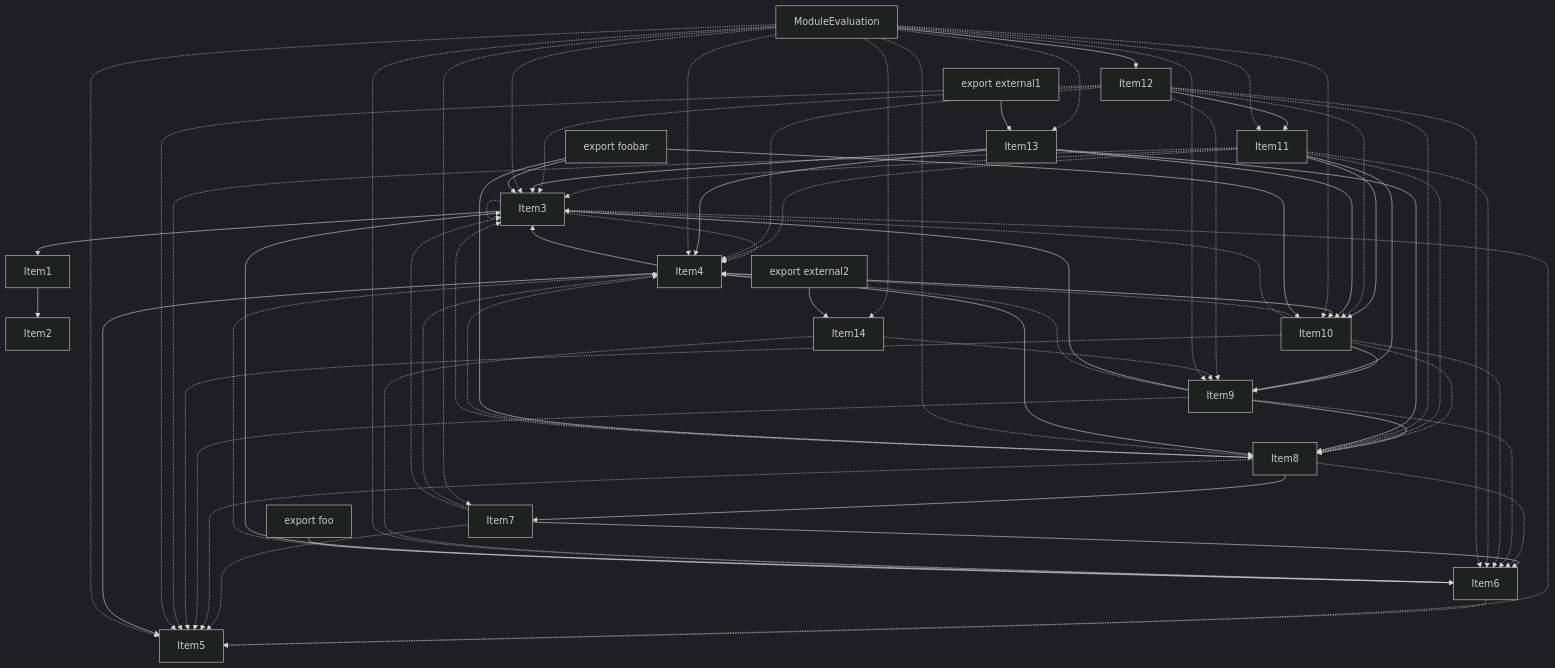
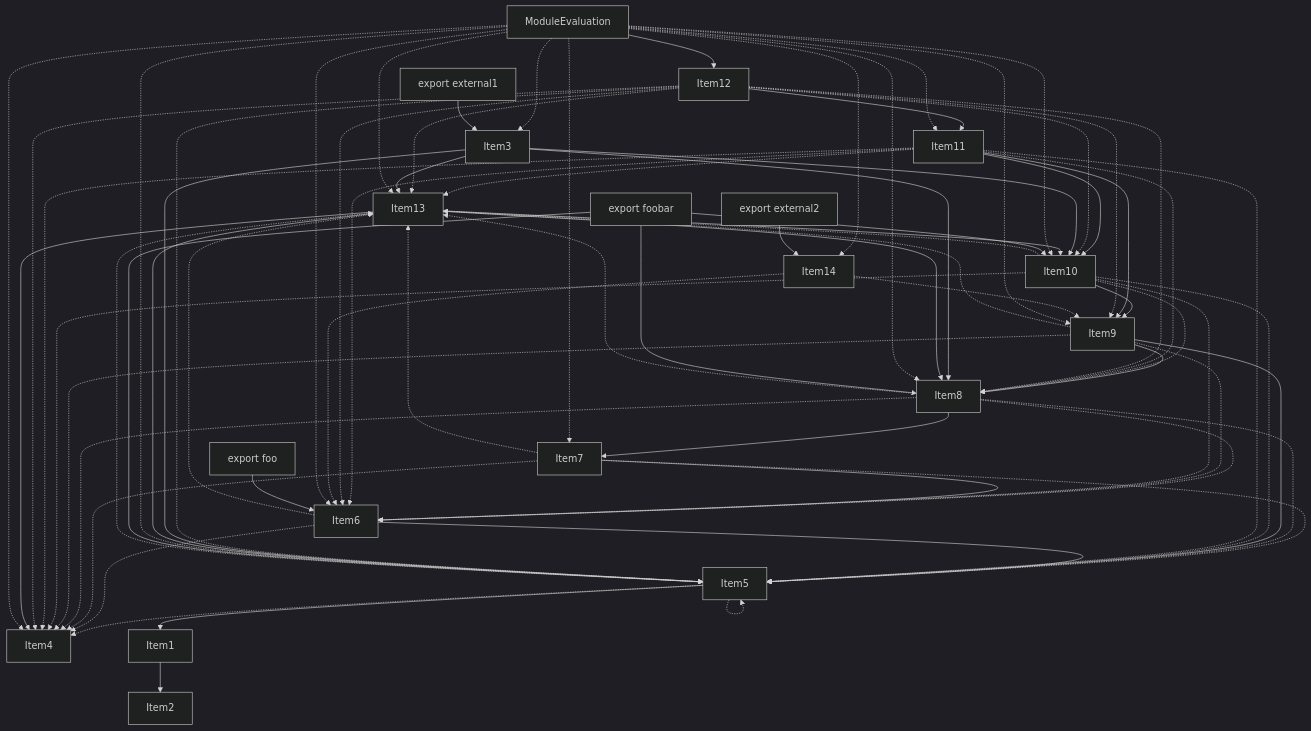
One commit to vercel/turborepo changed the fourth of 4 diagrams in crates/turbopack-ecmascript/tests/tree-shaker/analyzer/2/output.md. Above: the diagram before and after it, drawn with Mermaid (dark theme). The commit also changed other lines of this file and 3 other files, not shown here.

````diff
--- a/crates/turbopack-ecmascript/tests/tree-shaker/analyzer/2/output.md
+++ b/crates/turbopack-ecmascript/tests/tree-shaker/analyzer/2/output.md
@@ -336,8 +336,7 @@
 ```mermaid
 graph TD
-    Item1;
+    Item3;
     Item2;
-    Item3;
     Item4;
     Item5;
     Item6;
@@ -349,6 +348,7 @@
     Item12;
     Item13;
     Item14;
+    Item1;
     Item15;
     Item15["ModuleEvaluation"];
     Item16;
@@ -360,72 +360,72 @@
     Item19;
     Item19["export external2"];
     Item1 --> Item2;
-    Item3 --> Item1;
-    Item3 -.-> Item4;
-    Item3 -.-> Item3;
-    Item3 -.-> Item5;
-    Item6 --> Item3;
+    Item5 --> Item1;
+    Item5 -.-> Item13;
+    Item5 -.-> Item5;
+    Item5 -.-> Item4;
+    Item6 --> Item5;
+    Item6 -.-> Item13;
     Item6 -.-> Item4;
-    Item6 -.-> Item5;
     Item7 --> Item6;
+    Item7 -.-> Item13;
+    Item7 -.-> Item5;
     Item7 -.-> Item4;
-    Item7 -.-> Item3;
-    Item7 -.-> Item5;
     Item8 --> Item7;
     Item8 -.-> Item6;
+    Item8 -.-> Item13;
+    Item8 -.-> Item5;
     Item8 -.-> Item4;
-    Item8 -.-> Item3;
-    Item8 -.-> Item5;
-    Item9 --> Item3;
+    Item9 --> Item5;
     Item9 --> Item8;
+    Item9 -.-> Item13;
+    Item9 -.-> Item6;
     Item9 -.-> Item4;
-    Item9 -.-> Item6;
-    Item9 -.-> Item5;
     Item10 -.-> Item6;
     Item10 --> Item9;
+    Item10 -.-> Item13;
+    Item10 -.-> Item5;
+    Item10 -.-> Item8;
     Item10 -.-> Item4;
-    Item10 -.-> Item3;
-    Item10 -.-> Item8;
-    Item10 -.-> Item5;
     Item11 --> Item9;
     Item11 --> Item10;
-    Item11 -.-> Item4;
-    Item11 -.-> Item3;
+    Item11 -.-> Item13;
+    Item11 -.-> Item5;
     Item11 -.-> Item8;
     Item11 -.-> Item6;
-    Item11 -.-> Item5;
+    Item11 -.-> Item4;
     Item12 --> Item11;
-    Item12 -.-> Item4;
-    Item12 -.-> Item3;
+    Item12 -.-> Item13;
+    Item12 -.-> Item5;
     Item12 -.-> Item8;
     Item12 -.-> Item10;
     Item12 -.-> Item6;
     Item12 -.-> Item9;
-    Item12 -.-> Item5;
+    Item12 -.-> Item4;
+    Item3 --> Item13;
+    Item3 --> Item5;
+    Item3 --> Item8;
+    Item3 --> Item10;
     Item13 --> Item4;
-    Item13 --> Item3;
+    Item13 --> Item5;
     Item13 --> Item8;
     Item13 --> Item10;
-    Item4 --> Item5;
-    Item4 --> Item3;
-    Item4 --> Item8;
-    Item4 --> Item10;
     Item14 -.-> Item6;
     Item14 -.-> Item9;
     Item15 --> Item12;
-    Item15 -.-> Item13;
+    Item15 -.-> Item3;
     Item15 -.-> Item11;
+    Item15 -.-> Item4;
     Item15 -.-> Item5;
-    Item15 -.-> Item3;
     Item15 -.-> Item8;
     Item15 -.-> Item10;
     Item15 -.-> Item6;
     Item15 -.-> Item9;
     Item15 -.-> Item7;
-    Item15 -.-> Item4;
+    Item15 -.-> Item13;
     Item15 -.-> Item14;
-    Item16 --> Item13;
-    Item17 --> Item3;
+    Item16 --> Item3;
+    Item17 --> Item5;
     Item17 --> Item8;
     Item17 --> Item10;
     Item18 --> Item6;
````
